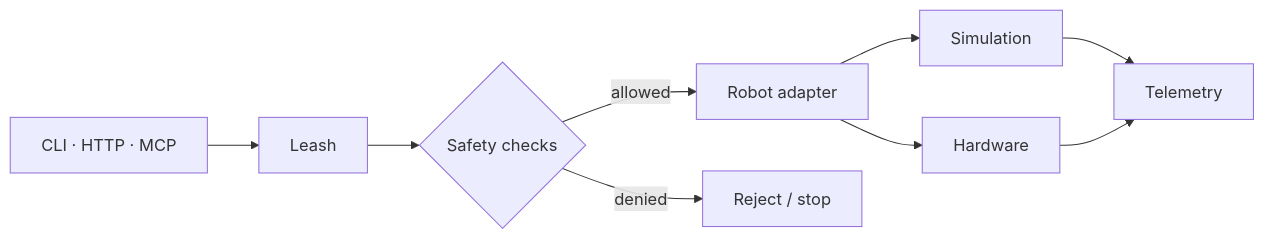
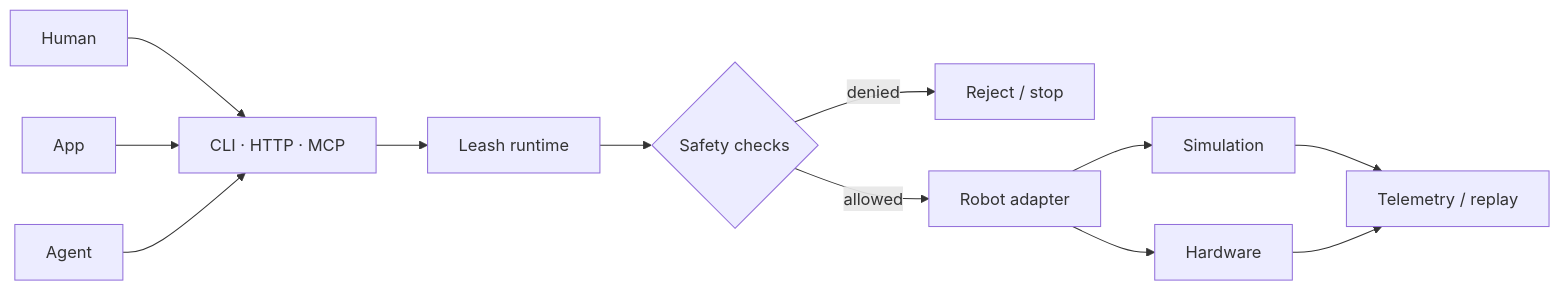
Before and after one commit to specdog/leash: the diagram in README.md, drawn with Mermaid. The commit also changed other lines of this file, not shown here.

````diff
--- a/README.md
+++ b/README.md
@@ -63,11 +76,14 @@
 ```mermaid
 flowchart LR
-  client["CLI · HTTP · MCP"] --> leash["Leash"]
+  human["Human"] --> api
+  app["App"] --> api
+  agent["Agent"] --> api
+  api["CLI · HTTP · MCP"] --> leash["Leash runtime"]
   leash --> checks{"Safety checks"}
+  checks -- denied --> stop["Reject / stop"]
   checks -- allowed --> adapter["Robot adapter"]
-  checks -- denied --> stop["Reject / stop"]
   adapter --> sim["Simulation"]
   adapter --> robot["Hardware"]
-  sim --> telemetry["Telemetry"]
+  sim --> telemetry["Telemetry / replay"]
   robot --> telemetry
 ```
````
